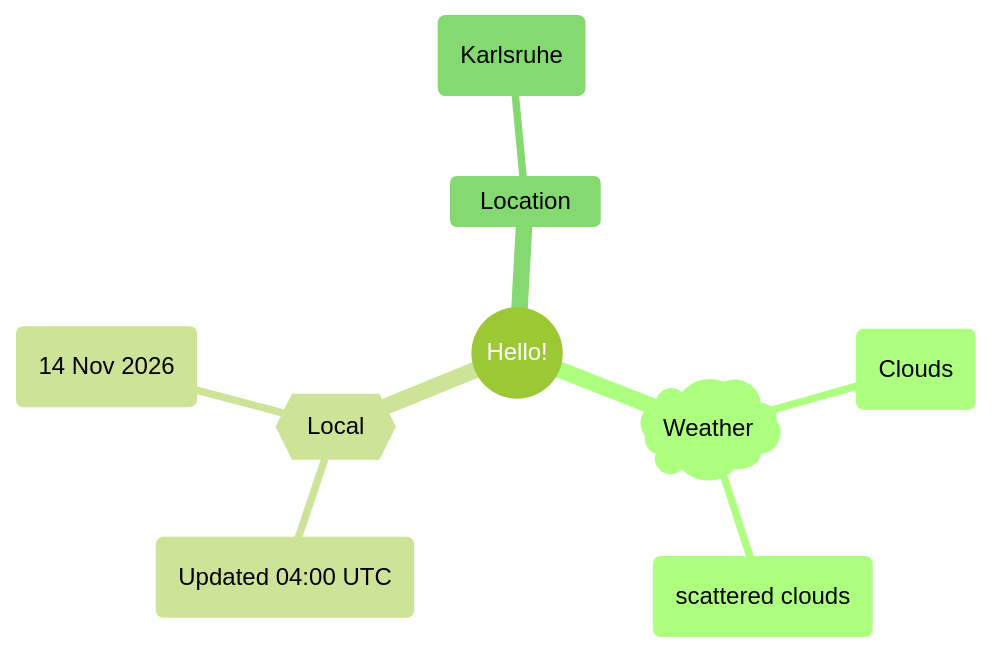
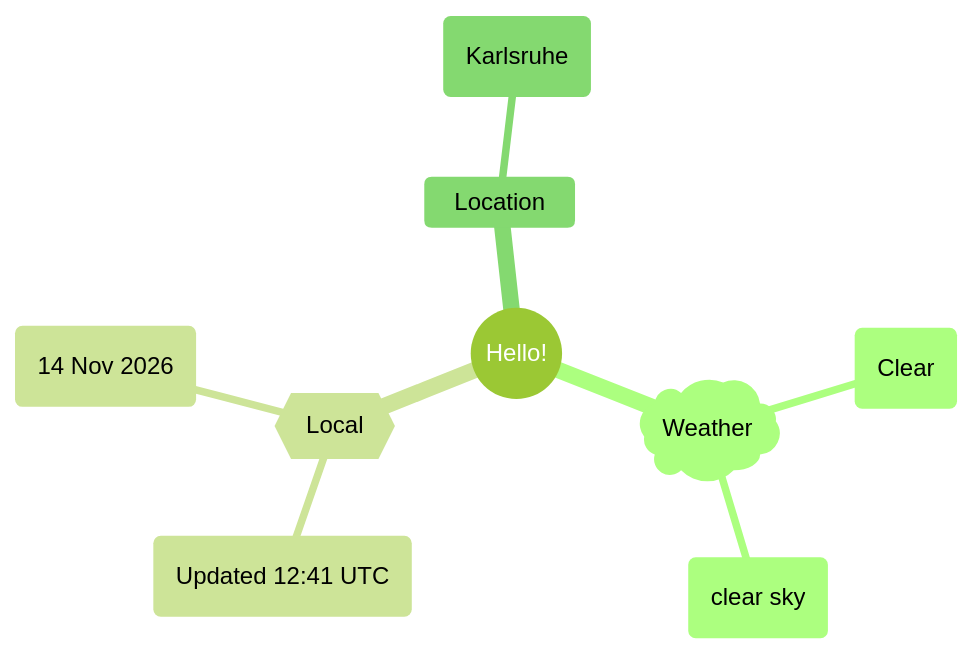
One commit to Xosrov/Xosrov changed the first of 2 diagrams in README.md. Above: the diagram before and after it, drawn with Mermaid (forest theme).

Commit message:
[bot] updated images

````diff
--- a/README.md
+++ b/README.md
@@ -3,12 +3,12 @@
 ```mermaid
 mindmap
   root((Hello!))
     )Weather(
-        (Clouds)
-        (scattered clouds)
+        (Clear)
+        (clear sky)
     {{Local}}
-        (Updated 04:00 UTC)
+        (Updated 12:41 UTC)
         (14 Nov 2026)
     Location
         (Karlsruhe)
 ```
````
